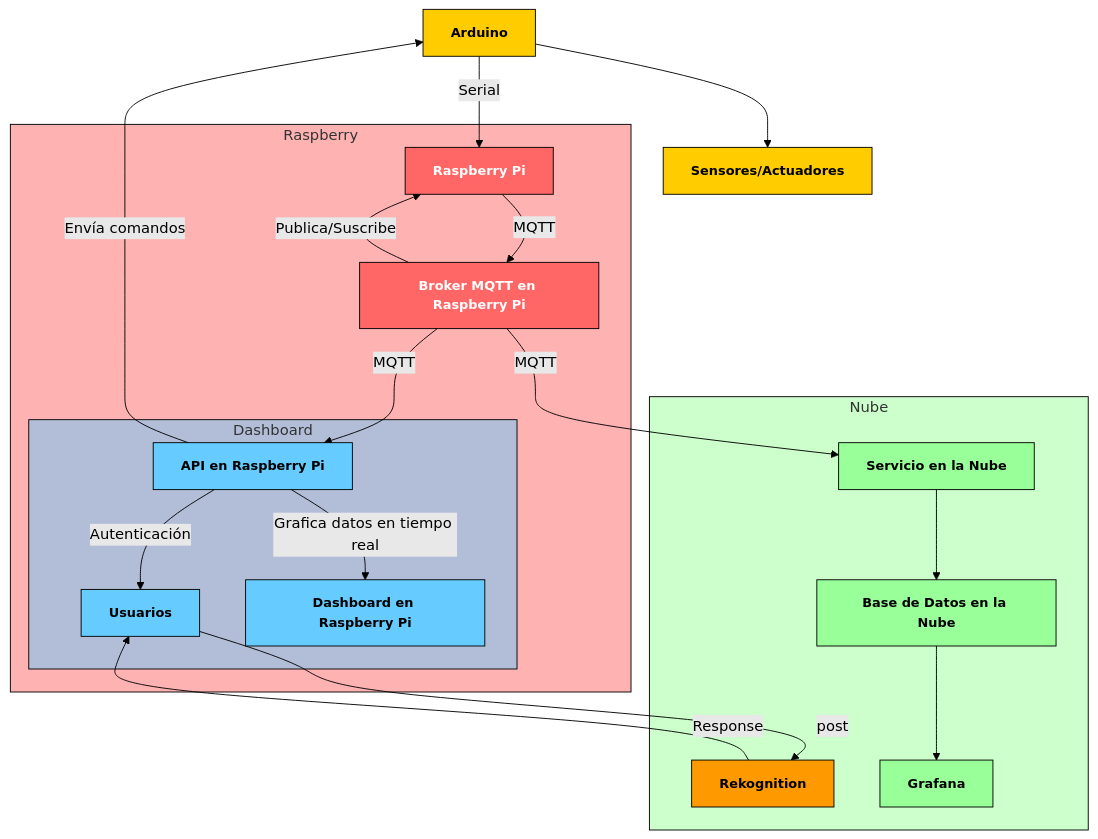
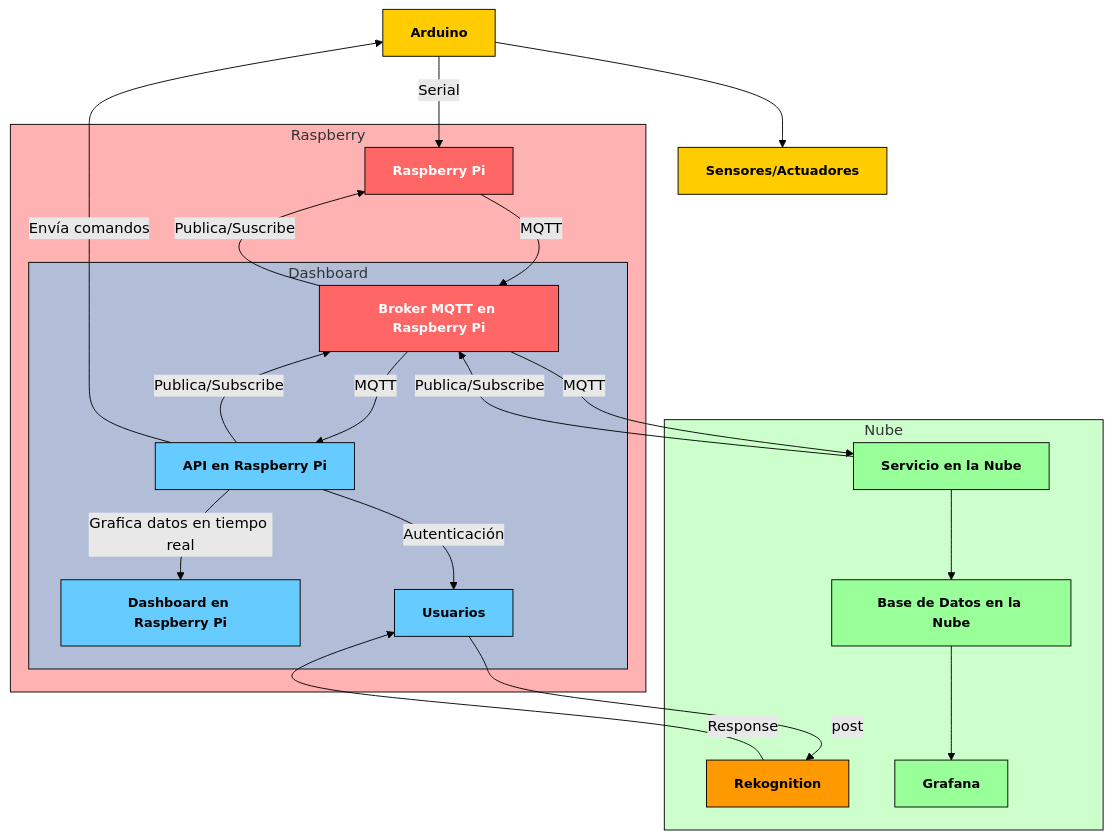
Before and after one commit to DiegoCali/ARQUI2B_1S2025_G9: the first of 2 diagrams in Fase3/README.md, drawn with Mermaid (forest theme).

Commit message:
added: connections

````diff
--- a/Fase3/README.md
+++ b/Fase3/README.md
@@ -10,38 +10,40 @@
 ```mermaid
 graph TD;
     A[Arduino] -- Serial --> B[Raspberry Pi];
     A --> W[Sensores/Actuadores];
     subgraph Raspberry
         style Raspberry fill:#ff666680,stroke:#000;
         B -- MQTT --> C[Broker MQTT en Raspberry Pi];
         C -- Publica/Suscribe --> B;
         C -- MQTT --> D[API en Raspberry Pi];
         subgraph Dashboard
             style Dashboard fill:#66ccff80,stroke:#000;
+            D -- Publica/Subscribe --> C;
+            D -- Grafica datos en tiempo real --> F[Dashboard en Raspberry Pi];
             D -- Autenticación --> E[Usuarios];
-            D -- Grafica datos en tiempo real --> F[Dashboard en Raspberry Pi];
         end
     end
     D -- Envía comandos --> A;
     C -- MQTT --> G[Servicio en la Nube];
     subgraph Nube
         style Nube fill:#99ff9980,stroke:#000;
         AWS[Rekognition] -- Response --> E;
         E -- post --> AWS;
         G[Servicio en la Nube] --> H[Base de Datos en la Nube];
+        G -- Publica/Subscribe --> C;
         H --> I[Grafana];
     end
     
     %% Estilos de color
     classDef arduino fill:#ffcc00,stroke:#000,color:#000,font-weight:bold,font-size:14px;
     classDef raspberry fill:#ff6666,stroke:#000,color:#fff,font-weight:bold,font-size:14px;
     classDef dashboard fill:#66ccff,stroke:#000,color:#000,font-weight:bold,font-size:14px;
     classDef nube fill:#99ff99,stroke:#000,color:#000,font-weight:bold,font-size:14px;
     classDef aws fill:#ff9900,stroke:#000,color:#000,font-weight:bold,font-size:14px;
     
     class A,W arduino;
     class B,C raspberry;
     class D,E,F dashboard;
     class G,H,I nube;
     class AWS aws;
 ```
````
